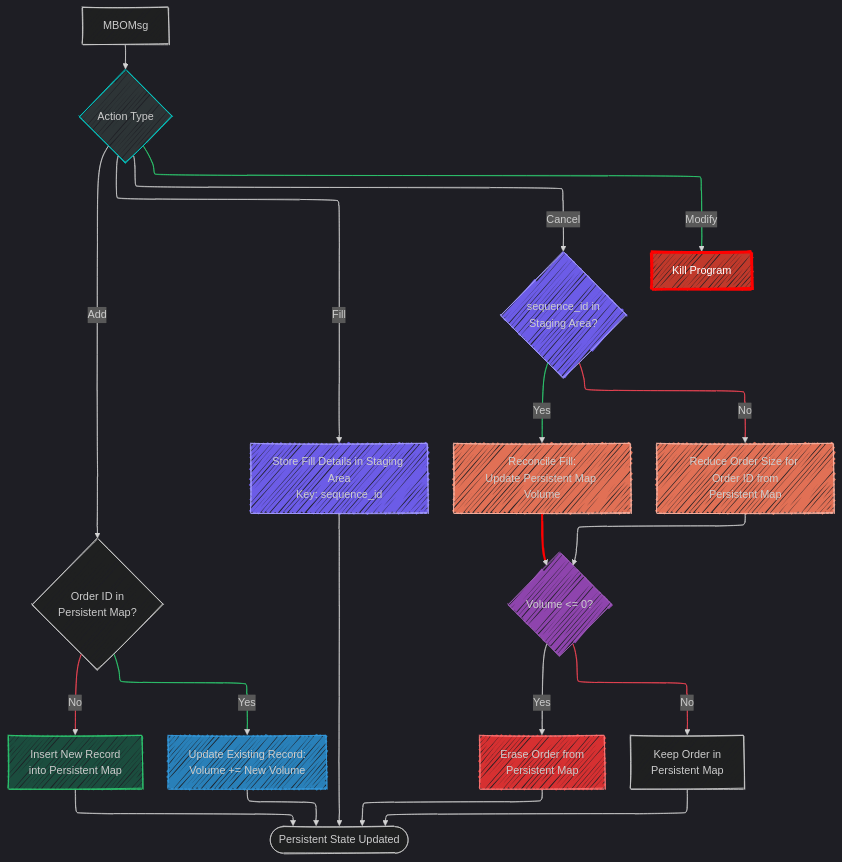
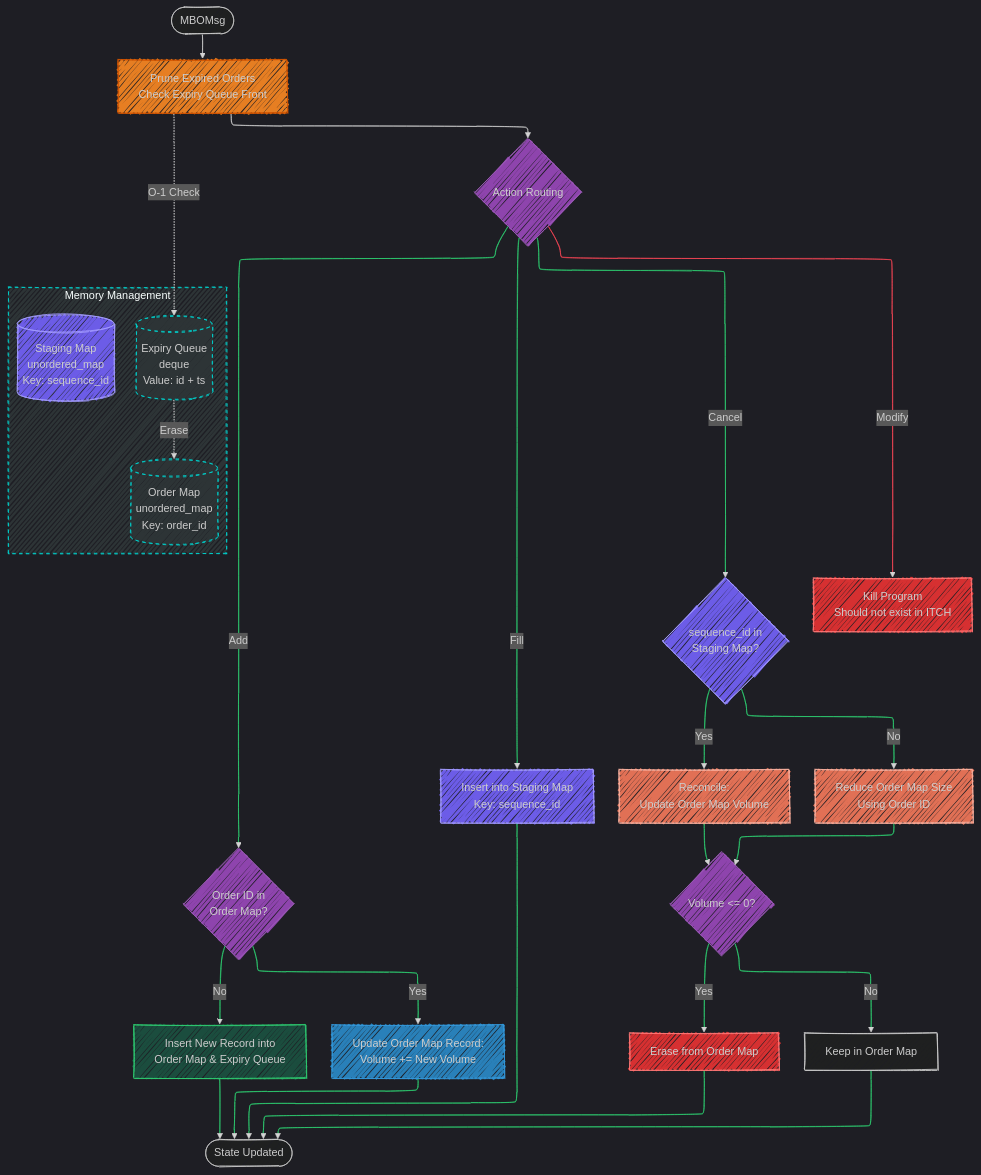
One commit to Alexerby/thesis-code changed the second of 2 diagrams in docs/Order Lifetime Tracking (XNAS.ITCH).md. Above: the diagram before and after it, drawn with Mermaid. The commit also changed other lines of this file, not shown here.

Commit message:
docs: XNAS.ITCH order routing algorithm [DRAFT 2]

````diff
--- a/docs/Order Lifetime Tracking (XNAS.ITCH).md
+++ b/docs/Order Lifetime Tracking (XNAS.ITCH).md
@@ -62,72 +70,80 @@
 ```mermaid
 ---
 config:
   layout: elk
   look: handDrawn
   theme: dark
 ---
 flowchart TB
+    %% START & CLEANUP
+    A([MBOMsg]) --> Prune[Prune Expired Orders<br/>Check Expiry Queue Front]
+    Prune --> Action{Action Routing}
 
-    %% START NODE
-    A[MBOMsg] --> Action{Action Type}
+    %% EXPIRE LOGIC
+    Prune -.->|O-1 Check| ExpiryQueue
+    ExpiryQueue -.->|Erase| OrderMap
 
     %% ADD BRANCH
-    Action -->|Add| PersistentLookupAdd{Order ID in<br/>Persistent Map?}
+    Action -->|Add| PersistentLookupAdd{Order ID in<br/>Order Map?}
     
-    PersistentLookupAdd -->|No| NewOrder[Insert New Record<br/>into Persistent Map]
-    PersistentLookupAdd -->|Yes| IncrementVol[Update Existing Record:<br/>Volume += New Volume]
+    PersistentLookupAdd -->|No| NewOrder[Insert New Record into<br/>Order Map & Expiry Queue]
+    PersistentLookupAdd -->|Yes| IncrementVol[Update Order Map Record:<br/>Volume += New Volume]
 
     %% FILL BRANCH
-    Action -->|Fill| StageFill[Store Fill Details in Staging Area<br/>Key: sequence_id]
+    Action -->|Fill| StageFill[Insert into Staging Map<br/>Key: sequence_id]
 
     %% CANCEL BRANCH
-    Action -->|Cancel| StagingLookup{sequence_id in<br/>Staging Area?}
+    Action -->|Cancel| StagingLookup{sequence_id in<br/>Staging Map?}
     
-    StagingLookup -->|Yes| ProcessFill[Reconcile Fill:<br/>Update Persistent Map Volume]
-    StagingLookup -->|No| PureCancel[Reduce Order Size for Order ID from<br/>Persistent Map]
+    StagingLookup -->|Yes| ProcessFill[Reconcile:<br/>Update Order Map Volume]
+    StagingLookup -->|No| PureCancel[Reduce Order Map Size<br/>Using Order ID]
 
     %% EAGER CLEANUP CHECK
     ProcessFill --> VolCheck{Volume <= 0?}
     PureCancel --> VolCheck
 
-    VolCheck -->|Yes| EraseOrder[Erase Order from<br/>Persistent Map]
-    VolCheck -->|No| UpdateState[Keep Order in<br/>Persistent Map]
+    VolCheck -->|Yes| EraseOrder[Erase from Order Map]
+    VolCheck -->|No| UpdateState[Keep in Order Map]
 
     %% MODIFY BRANCH
-    Action -->|Modify| ModStep[Kill Program]
+    Action -->|Modify| ModStep[Kill Program <br> Should not exist in ITCH]
+
+    %% DATA STORES
+    subgraph Storage [Memory Management]
+        OrderMap[(Order Map<br/>unordered_map<br/>Key: order_id)]
+        StagingMap[(Staging Map<br/>unordered_map<br/>Key: sequence_id)]
+        ExpiryQueue[(Expiry Queue<br/>deque<br/>Value: id + ts)]
+    end
 
     %% FINAL STATES
-    NewOrder --> End([Persistent State Updated])
+    NewOrder --> End([State Updated])
     IncrementVol --> End
     StageFill --> End
     EraseOrder --> End
     UpdateState --> End
 
-    %% Styling Nodes
-    style Action fill:#2d3436,stroke:#00cec9
-    style NewOrder fill:#1b4d3e,stroke:#2ecc71
+    %% --- CLASS DEFINITIONS ---
+    classDef decision fill:#8e44ad,stroke:#9b59b6
+    classDef destructive fill:#d63031,stroke:#ff7675
+    classDef success fill:#1b4d3e,stroke:#2ecc71
+    classDef staging fill:#6c5ce7,stroke:#a29bfe
+    classDef alert fill:#c0392b,stroke:#ff0000,color:#fff,stroke-width:4px
+    classDef storage fill:#2d3436,stroke:#00cec9,stroke-dasharray: 5 5
+
+    %% --- APPLYING CLASSES ---
+    class PersistentLookupAdd,StagingLookup,VolCheck,Action decision
+    class EraseOrder,ModStep destructive
+    class NewOrder success
+    class StageFill,StagingLookup,StagingMap staging
+    class Storage,OrderMap,ExpiryQueue storage
+    
+    %% Specific overrides
+    style Prune fill:#e67e22,stroke:#d35400
     style IncrementVol fill:#2980b9,stroke:#3498db
-    style StageFill fill:#6c5ce7,stroke:#a29bfe
-    style StagingLookup fill:#6c5ce7,stroke:#a29bfe
     style PureCancel fill:#e17055,stroke:#fab1a0
     style ProcessFill fill:#e17055,stroke:#fab1a0
-    style ModStep fill:#c0392b,stroke:#ff0000,color:#ffffff,stroke-width:4px
-    style VolCheck fill:#8e44ad,stroke:#9b59b6
-    style EraseOrder fill:#d63031,stroke:#ff7675
 
-    %% Consistent Arrow Coloring
-    %% PersistentLookupAdd paths: No (Red), Yes (Green)
-    linkStyle 2 stroke:#ff4757,color:#ff4757
-    linkStyle 3 stroke:#2ed573,color:#2ed573
-
-    %% StagingLookup paths: Yes (Green), No (Red)
-    linkStyle 6 stroke:#2ed573,color:#2ed573
-    linkStyle 7 stroke:#ff4757,color:#ff4757
-
-    %% Modify path: Danger (Red)
-    linkStyle 8 stroke:#ff0000,stroke-width:3px,color:#ff0000
-
-    %% VolCheck paths: Yes (Red/Destructive), No (Green/Safe)
-    linkStyle 11 stroke:#ff4757,color:#ff4757
-    linkStyle 12 stroke:#2ed573,color:#2ed573
+    %% Link Styling
+    linkStyle 15 stroke:#ff4757,color:#ff4757
+    linkStyle 4,5,6,7,8,9,10,11,12,13,14,16,17,18,19,20 stroke:#2ed573,color:#2ed573
 ```
````
